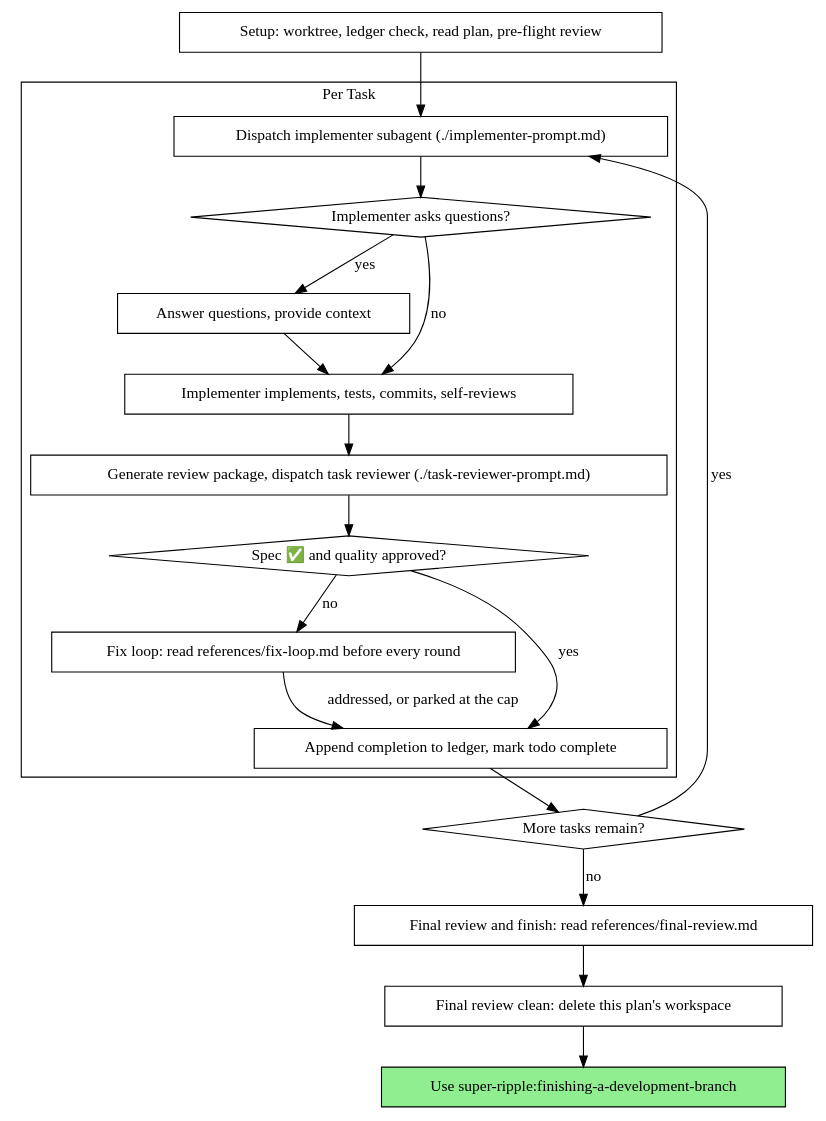
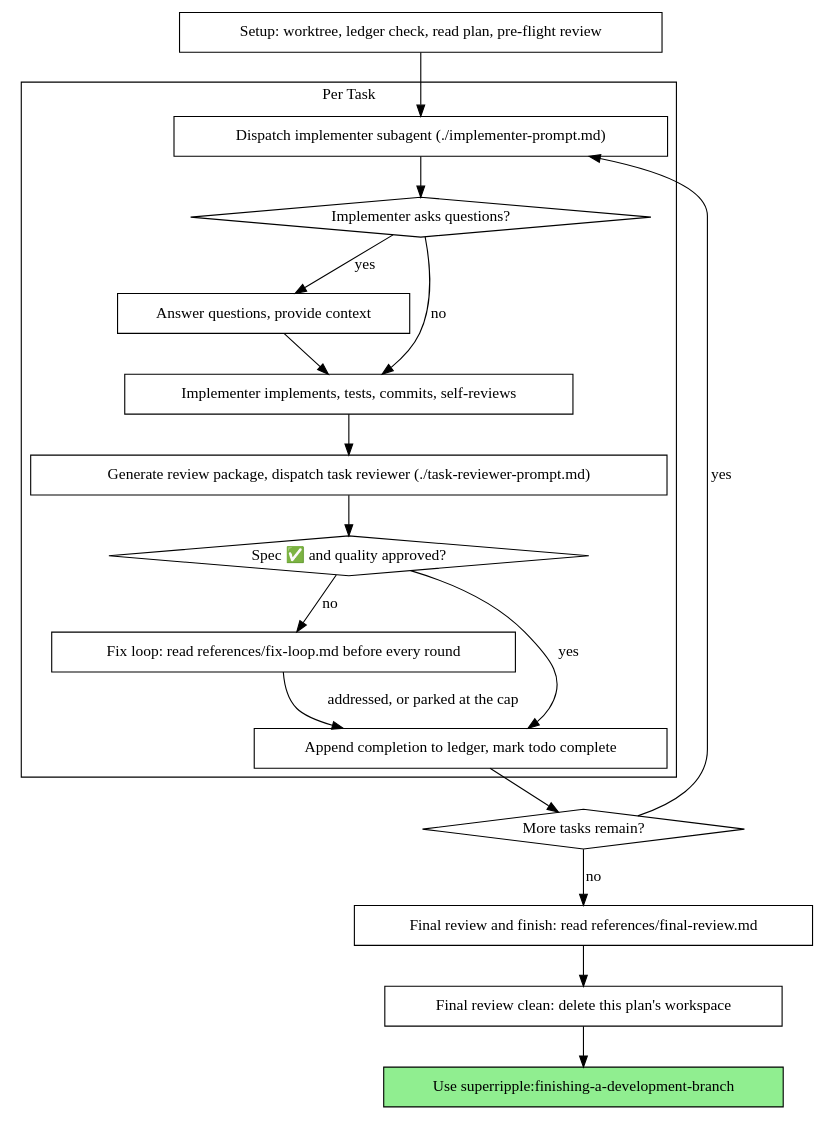
Before and after one commit to devf51/superripple: the second of 2 diagrams in skills/subagent-driven-development/SKILL.md, drawn with Graphviz. The commit also changed other lines of this file and 59 other files, not shown here.

````diff
--- a/skills/subagent-driven-development/SKILL.md
+++ b/skills/subagent-driven-development/SKILL.md
@@ -50,39 +50,39 @@
 ```dot
 digraph process {
     rankdir=TB;
 
     subgraph cluster_per_task {
         label="Per Task";
         "Dispatch implementer subagent (./implementer-prompt.md)" [shape=box];
         "Implementer asks questions?" [shape=diamond];
         "Answer questions, provide context" [shape=box];
         "Implementer implements, tests, commits, self-reviews" [shape=box];
         "Generate review package, dispatch task reviewer (./task-reviewer-prompt.md)" [shape=box];
         "Spec ✅ and quality approved?" [shape=diamond];
         "Fix loop: read references/fix-loop.md before every round" [shape=box];
         "Append completion to ledger, mark todo complete" [shape=box];
     }
 
     "Setup: worktree, ledger check, read plan, pre-flight review" [shape=box];
     "More tasks remain?" [shape=diamond];
     "Final review and finish: read references/final-review.md" [shape=box];
     "Final review clean: delete this plan's workspace" [shape=box];
-    "Use super-ripple:finishing-a-development-branch" [shape=box style=filled fillcolor=lightgreen];
+    "Use superripple:finishing-a-development-branch" [shape=box style=filled fillcolor=lightgreen];
 
     "Setup: worktree, ledger check, read plan, pre-flight review" -> "Dispatch implementer subagent (./implementer-prompt.md)";
     "Dispatch implementer subagent (./implementer-prompt.md)" -> "Implementer asks questions?";
     "Implementer asks questions?" -> "Answer questions, provide context" [label="yes"];
     "Answer questions, provide context" -> "Implementer implements, tests, commits, self-reviews";
     "Implementer asks questions?" -> "Implementer implements, tests, commits, self-reviews" [label="no"];
     "Implementer implements, tests, commits, self-reviews" -> "Generate review package, dispatch task reviewer (./task-reviewer-prompt.md)";
     "Generate review package, dispatch task reviewer (./task-reviewer-prompt.md)" -> "Spec ✅ and quality approved?";
     "Spec ✅ and quality approved?" -> "Append completion to ledger, mark todo complete" [label="yes"];
     "Spec ✅ and quality approved?" -> "Fix loop: read references/fix-loop.md before every round" [label="no"];
     "Fix loop: read references/fix-loop.md before every round" -> "Append completion to ledger, mark todo complete" [label="addressed, or parked at the cap"];
     "Append completion to ledger, mark todo complete" -> "More tasks remain?";
     "More tasks remain?" -> "Dispatch implementer subagent (./implementer-prompt.md)" [label="yes"];
     "More tasks remain?" -> "Final review and finish: read references/final-review.md" [label="no"];
     "Final review and finish: read references/final-review.md" -> "Final review clean: delete this plan's workspace";
-    "Final review clean: delete this plan's workspace" -> "Use super-ripple:finishing-a-development-branch";
+    "Final review clean: delete this plan's workspace" -> "Use superripple:finishing-a-development-branch";
 }
 ```
````
